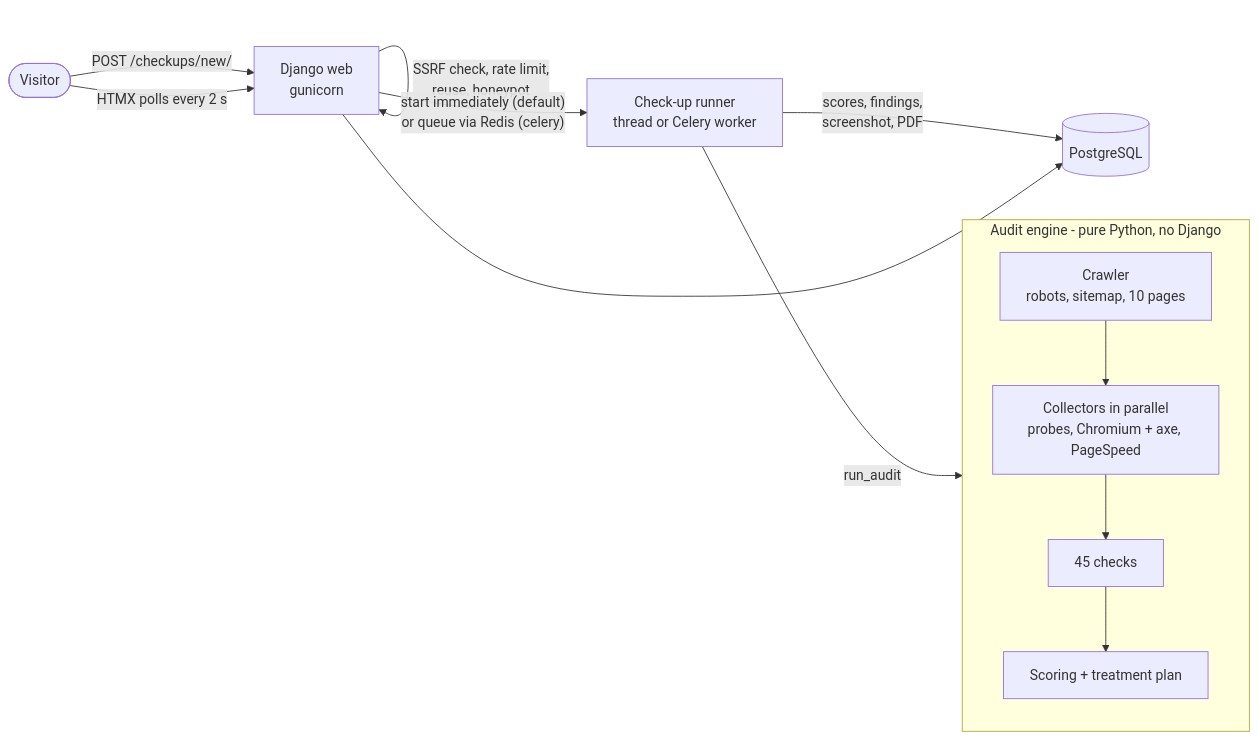
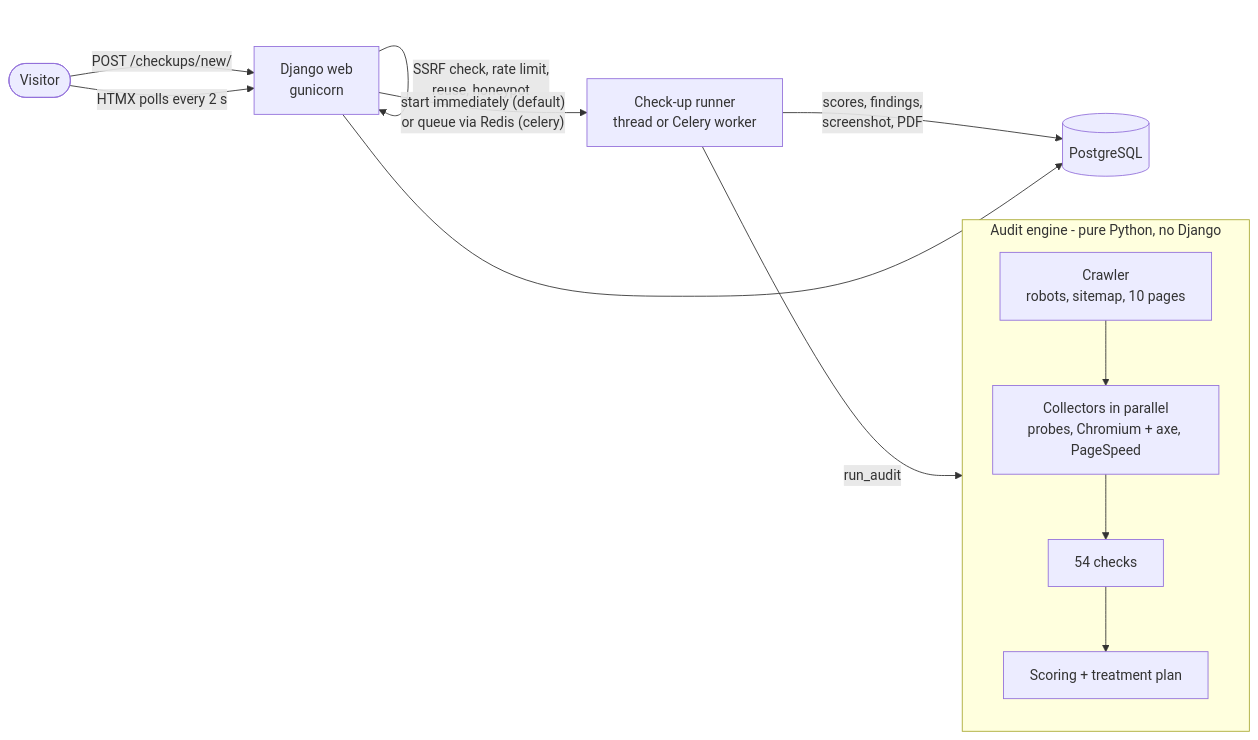
The diagram in README.md (rdhafiz/bizzcheckup), drawn with Mermaid before and after one commit. The commit also changed other lines of this file and 5 other files, not shown here.

````diff
--- a/README.md
+++ b/README.md
@@ -56,18 +56,18 @@
 ```mermaid
 flowchart LR
     V([Visitor]) -->|POST /checkups/new/| W[Django web<br/>gunicorn]
     W -->|SSRF check, rate limit,<br/>reuse, honeypot| W
     W -->|"start immediately (default)<br/>or queue via Redis (celery)"| K[Check-up runner<br/>thread or Celery worker]
     K -->|run_audit| E
 
     subgraph E [Audit engine - pure Python, no Django]
       direction TB
       C[Crawler<br/>robots, sitemap, 10 pages] --> X
-      X[Collectors in parallel<br/>probes, Chromium + axe, PageSpeed] --> CH[45 checks]
+      X[Collectors in parallel<br/>probes, Chromium + axe, PageSpeed] --> CH[54 checks]
       CH --> S[Scoring + treatment plan]
     end
 
     K -->|scores, findings,<br/>screenshot, PDF| P[(PostgreSQL)]
     V -->|HTMX polls every 2 s| W
     W --> P
 ```
````
